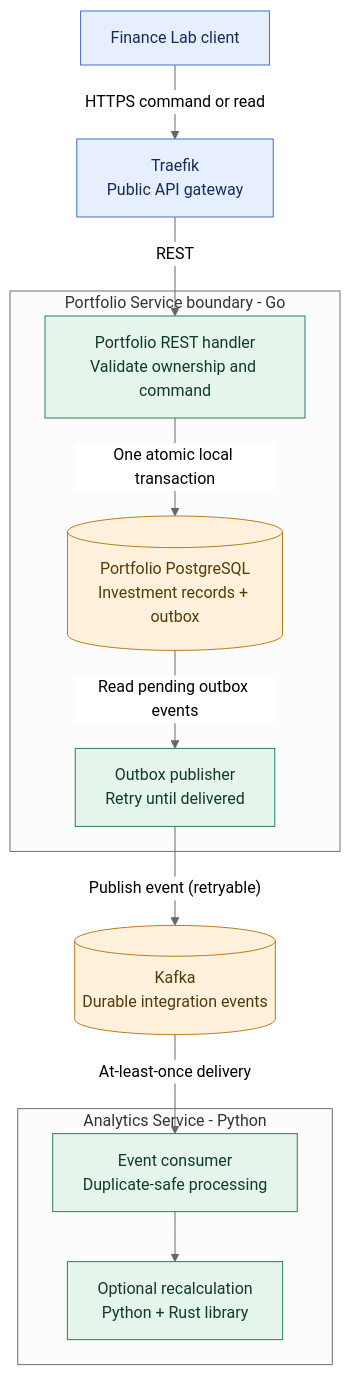
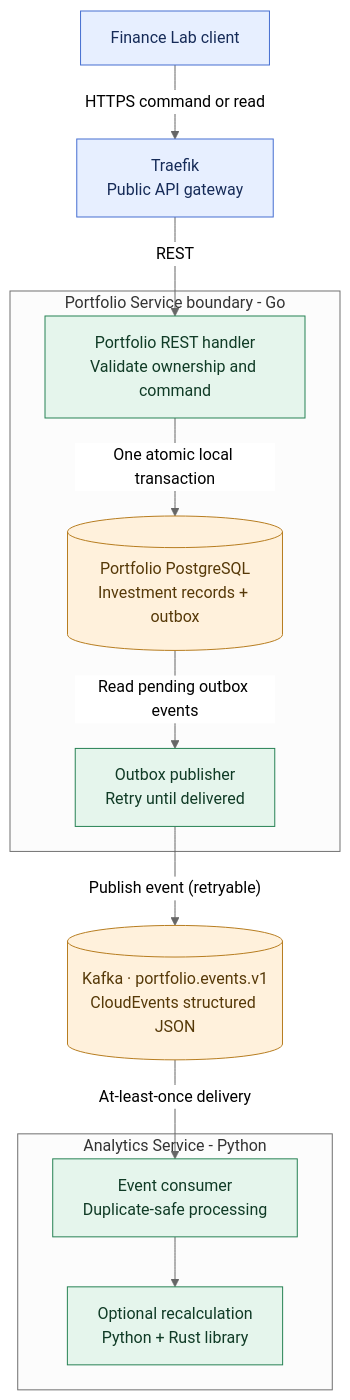
One commit to anton415/finance-lab changed the diagram in docs/architecture/decisions/0009-hybrid-rest-kafka-portfolio-events.md. Above: the diagram before and after it, drawn with Mermaid (neutral theme). The commit also changed other lines of this file and 5 other files, not shown here.

First line of the commit message:
docs(architecture): accept ADR-025 CloudEvents PortfolioChanged

````diff
--- a/docs/architecture/decisions/0009-hybrid-rest-kafka-portfolio-events.md
+++ b/docs/architecture/decisions/0009-hybrid-rest-kafka-portfolio-events.md
@@ -26,33 +26,33 @@
 ```mermaid
 flowchart TD
     CLIENT["Finance Lab client"]
     G["Traefik<br/>Public API gateway"]
 
     subgraph PORTFOLIO["Portfolio Service boundary - Go"]
         CMD["Portfolio REST handler<br/>Validate ownership and command"]
         DB[("Portfolio PostgreSQL<br/>Investment records + outbox")]
         RELAY["Outbox publisher<br/>Retry until delivered"]
         CMD -->|"One atomic local transaction"| DB
         DB -->|"Read pending outbox events"| RELAY
     end
 
-    KAFKA[("Kafka<br/>Durable integration events")]
+    KAFKA[("Kafka · portfolio.events.v1<br/>CloudEvents structured JSON")]
 
     subgraph ANALYTICS["Analytics Service - Python"]
         CONSUMER["Event consumer<br/>Duplicate-safe processing"]
         CALC["Optional recalculation<br/>Python + Rust library"]
         CONSUMER --> CALC
     end
 
     CLIENT -->|"HTTPS command or read"| G
     G -->|"REST"| CMD
     RELAY -->|"Publish event (retryable)"| KAFKA
     KAFKA -->|"At-least-once delivery"| CONSUMER
 
     classDef edge fill:#E7EFFF,stroke:#466FD1,color:#162B58;
     classDef service fill:#E5F5EC,stroke:#278254,color:#103B26;
     classDef data fill:#FFF1DC,stroke:#B77D20,color:#563908;
     class CLIENT,G edge;
     class CMD,RELAY,CONSUMER,CALC service;
     class DB,KAFKA data;
 ```
````
